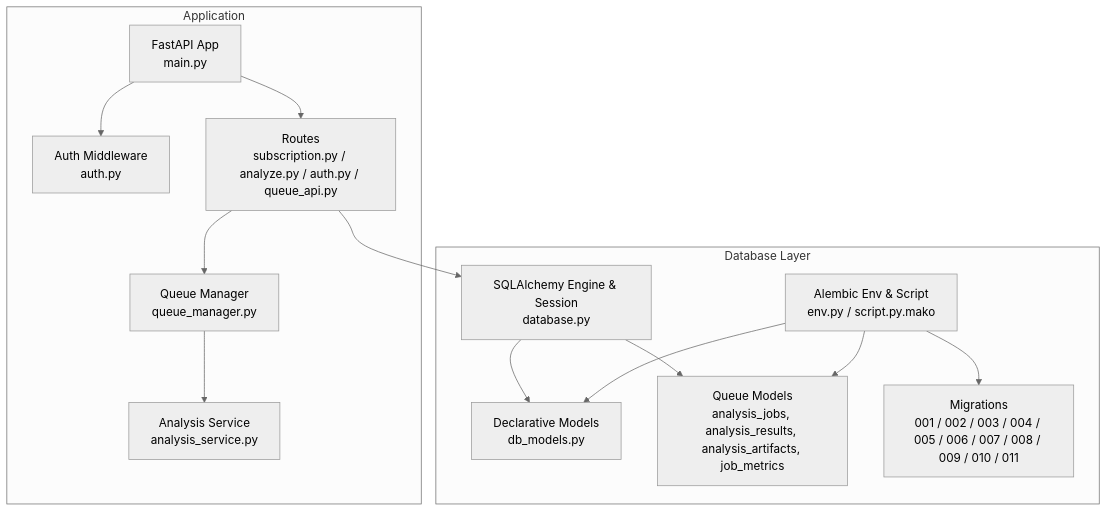
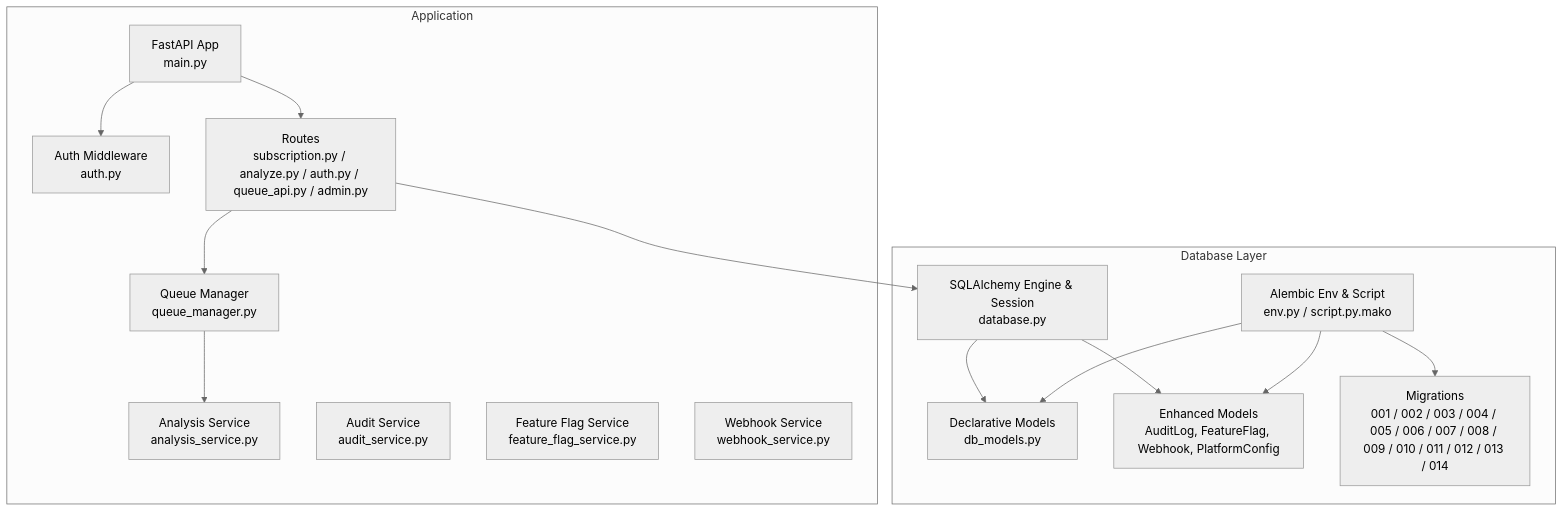
One commit to Revanththetalogics/aireume changed the first of 10 diagrams in .qoder/repowiki/en/content/Database Design/Database Design.md. Above: the diagram before and after it, drawn with Mermaid (neutral theme). The commit also changed other lines of this file and 10 other files, not shown here.

````diff
--- a/.qoder/repowiki/en/content/Database Design/Database Design.md
+++ b/.qoder/repowiki/en/content/Database Design/Database Design.md
@@ -62,27 +67,30 @@
 ```mermaid
 graph TB
 subgraph "Application"
 A["FastAPI App<br/>main.py"]
 B["Auth Middleware<br/>auth.py"]
-C["Routes<br/>subscription.py / analyze.py / auth.py / queue_api.py"]
+C["Routes<br/>subscription.py / analyze.py / auth.py / queue_api.py / admin.py"]
 D["Queue Manager<br/>queue_manager.py"]
 E["Analysis Service<br/>analysis_service.py"]
+F["Audit Service<br/>audit_service.py"]
+G["Feature Flag Service<br/>feature_flag_service.py"]
+H["Webhook Service<br/>webhook_service.py"]
 end
 subgraph "Database Layer"
-F["SQLAlchemy Engine & Session<br/>database.py"]
-G["Declarative Models<br/>db_models.py"]
-H["Alembic Env & Script<br/>env.py / script.py.mako"]
-I["Queue Models<br/>analysis_jobs, analysis_results, analysis_artifacts, job_metrics"]
-J["Migrations<br/>001 / 002 / 003 / 004 / 005 / 006 / 007 / 008 / 009 / 010 / 011"]
+I["SQLAlchemy Engine & Session<br/>database.py"]
+J["Declarative Models<br/>db_models.py"]
+K["Alembic Env & Script<br/>env.py / script.py.mako"]
+L["Enhanced Models<br/>AuditLog, FeatureFlag, Webhook, PlatformConfig"]
+M["Migrations<br/>001 / 002 / 003 / 004 / 005 / 006 / 007 / 008 / 009 / 010 / 011 / 012 / 013 / 014"]
 end
 A --> B
 A --> C
 C --> D
 D --> E
-C --> F
-F --> G
-F --> I
-H --> G
-H --> I
-H --> J
+C --> I
+I --> J
+I --> L
+K --> J
+K --> L
+K --> M
 ```
````
